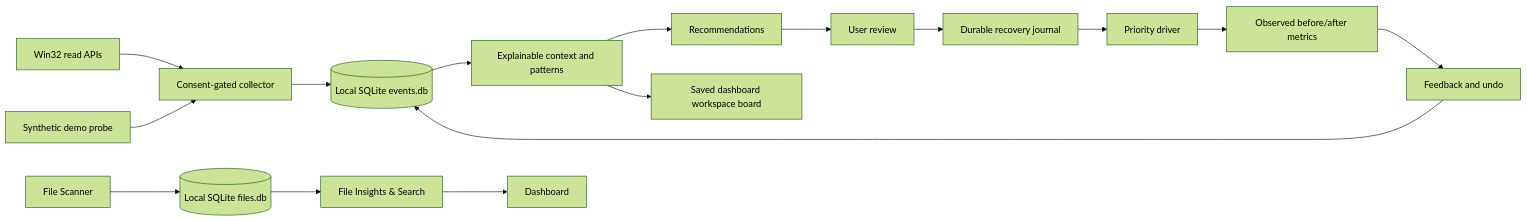
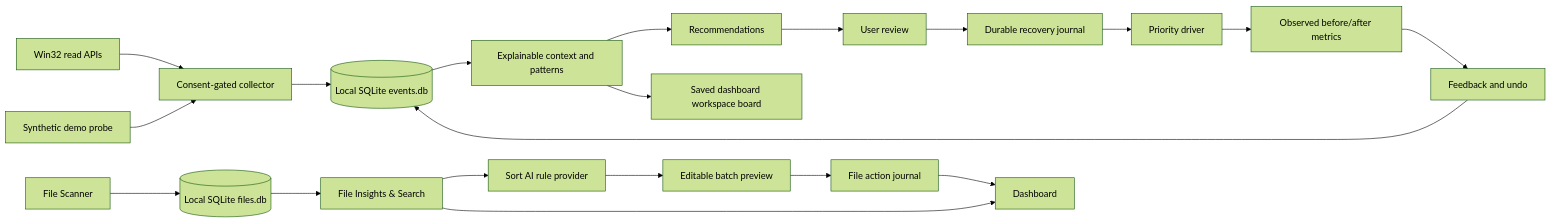
The diagram in docs/ARCHITECTURE.md (Team-SankatMochan/KSHETRAJNA-OS), drawn with Mermaid (forest theme) before and after one commit. The commit also changed other lines of this file and 41 other files, not shown here.

```diff
--- a/docs/ARCHITECTURE.md
+++ b/docs/ARCHITECTURE.md
@@ -5,19 +5,23 @@
 ~~~mermaid
 flowchart LR
   W[Win32 read APIs] --> C[Consent-gated collector]
   D[Synthetic demo probe] --> C
   C --> S[(Local SQLite events.db)]
   S --> I[Explainable context and patterns]
   I --> R[Recommendations]
   R --> U[User review]
   U --> J[Durable recovery journal]
   J --> A[Priority driver]
   A --> E[Observed before/after metrics]
   E --> F[Feedback and undo]
   F --> S
   I --> B[Saved dashboard workspace board]
   
-  FS[File Scanner] --> DB2[(Local SQLite files.db)]
-  DB2 --> FI[File Insights & Search]
-  FI --> DB[Dashboard]
+   FS[File Scanner] --> DB2[(Local SQLite files.db)]
+   DB2 --> FI[File Insights & Search]
+   FI --> SA[Sort AI rule provider]
+   SA --> FP[Editable batch preview]
+   FP --> FJ[File action journal]
+   FJ --> DB
+   FI --> DB[Dashboard]
 ~~~
```
